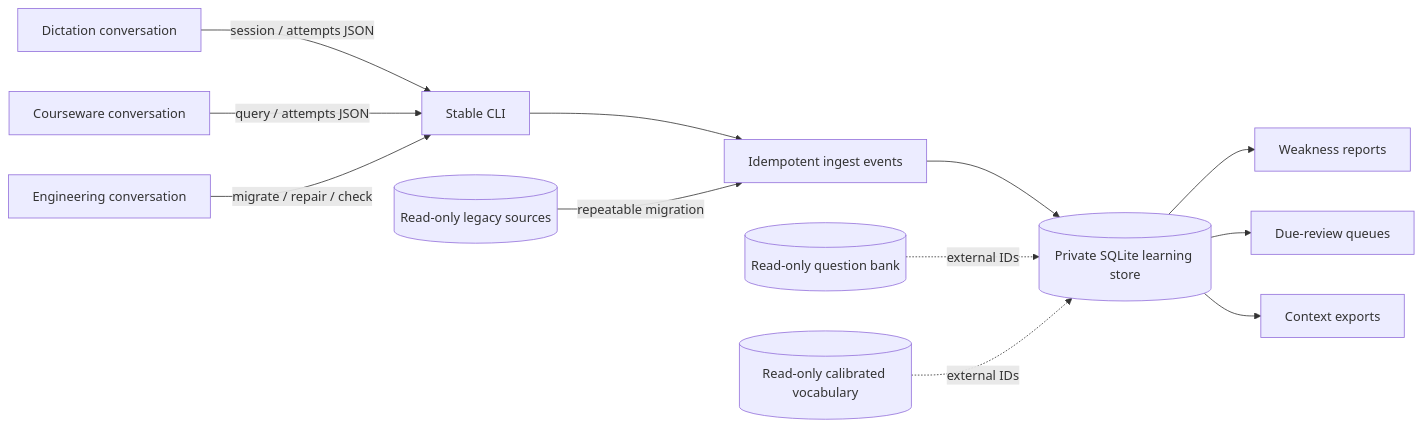
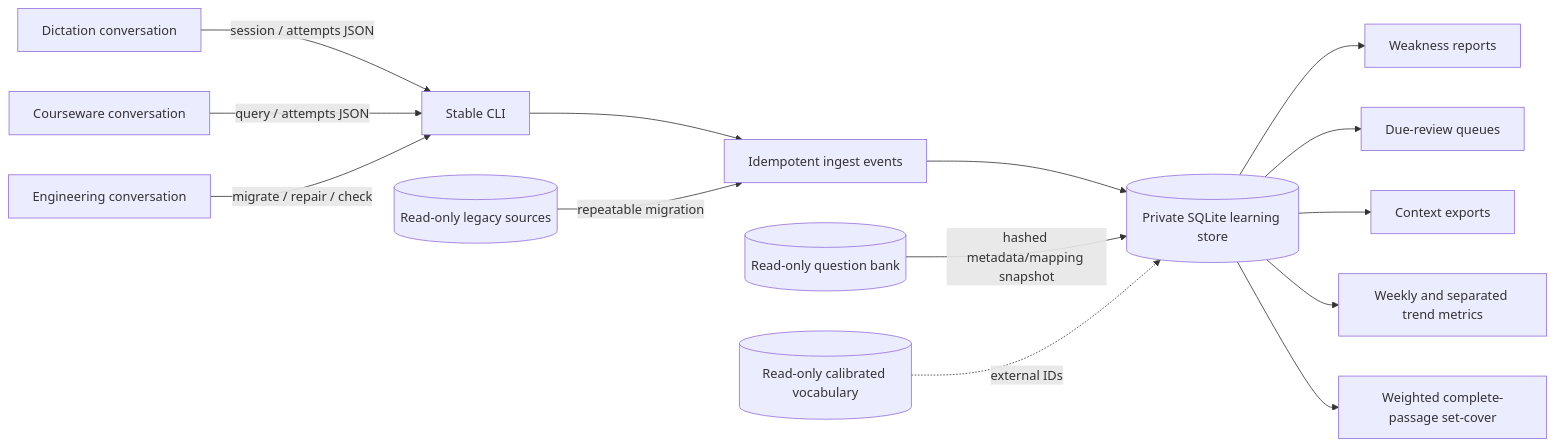
The first of 2 diagrams in ARCHITECTURE.md (wulie0508-gif/cassian-atlas), drawn with Mermaid before and after one commit. The commit also changed other lines of this file and 20 other files, not shown here.

Commit message:
Add grammar coverage selection and trend metrics

````diff
--- a/ARCHITECTURE.md
+++ b/ARCHITECTURE.md
@@ -11,14 +11,16 @@
 ```mermaid
 flowchart LR
     D["Dictation conversation"] -->|"session / attempts JSON"| CLI["Stable CLI"]
     C["Courseware conversation"] -->|"query / attempts JSON"| CLI
     E["Engineering conversation"] -->|"migrate / repair / check"| CLI
     CLI --> I["Idempotent ingest events"]
     I --> DB[("Private SQLite learning store")]
     DB --> W["Weakness reports"]
     DB --> R["Due-review queues"]
     DB --> X["Context exports"]
-    QB[("Read-only question bank")] -. "external IDs" .-> DB
+    DB --> M["Weekly and separated trend metrics"]
+    DB --> S["Weighted complete-passage set-cover"]
+    QB[("Read-only question bank")] -->|"hashed metadata/mapping snapshot"| DB
     VV[("Read-only calibrated vocabulary")] -. "external IDs" .-> DB
     OLD[("Read-only legacy sources")] -->|"repeatable migration"| I
 ```
````
